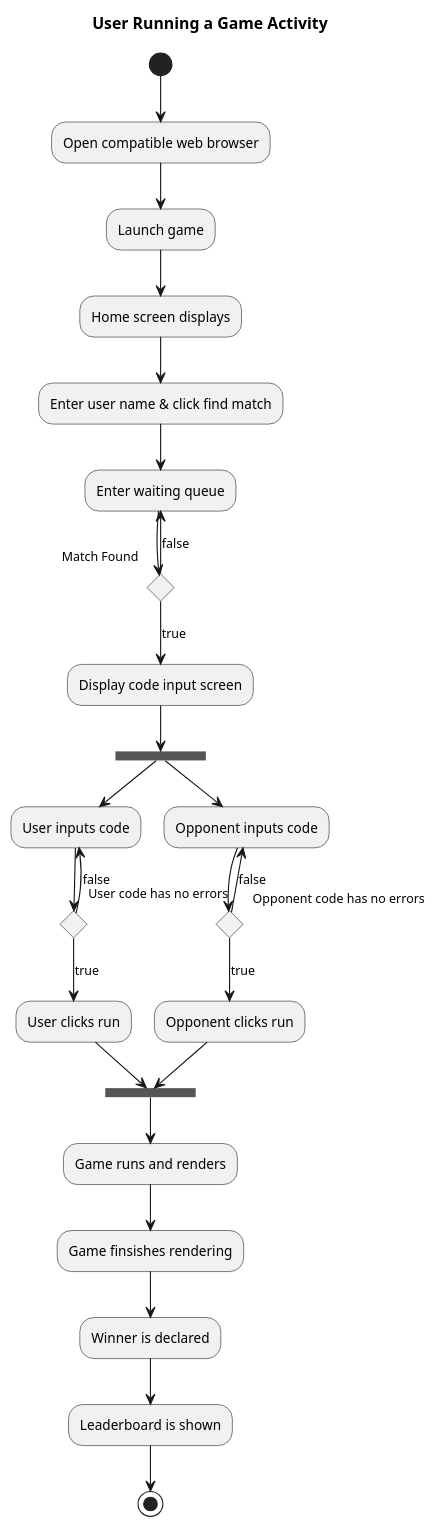
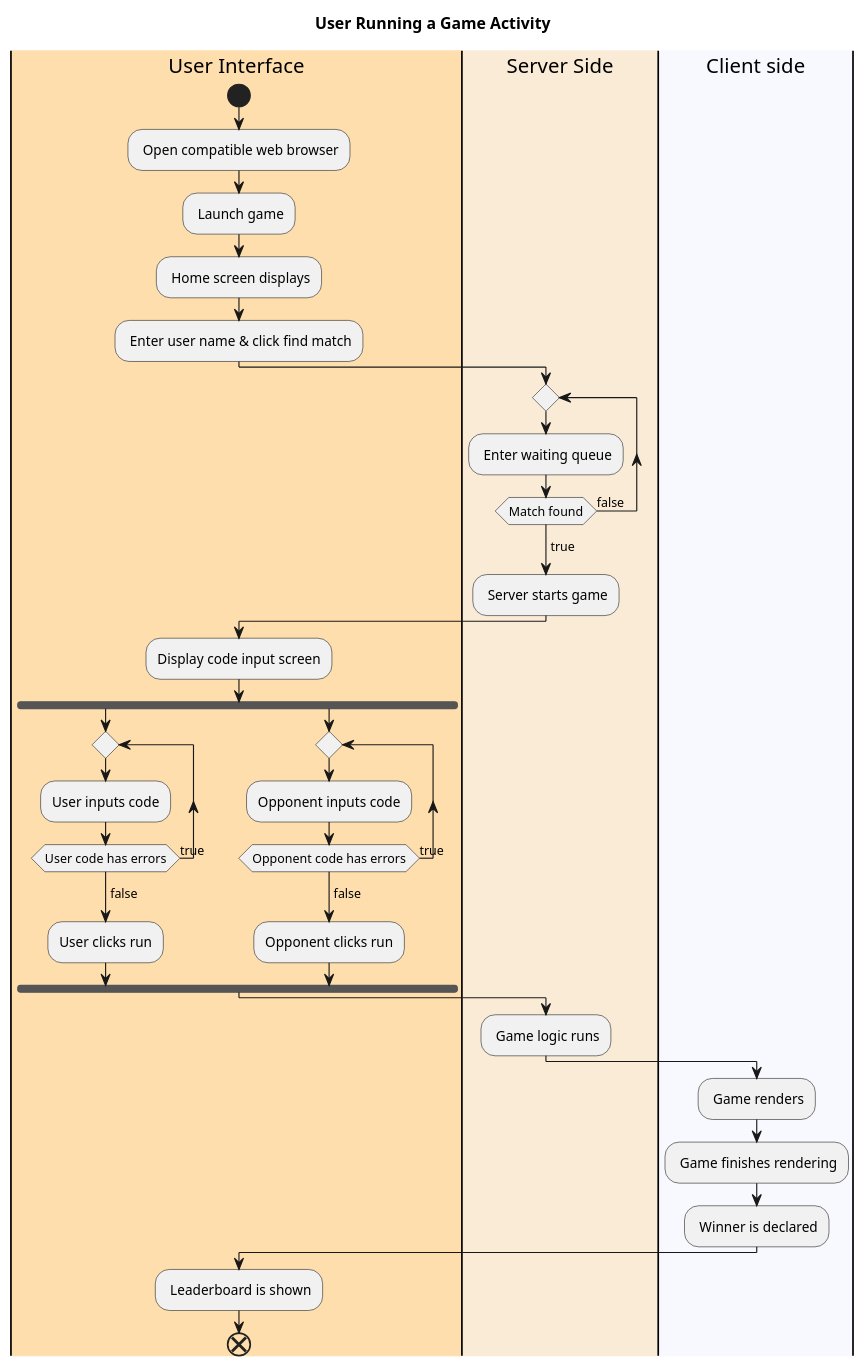
One commit to mayshukla/ece493-capstone changed the first of 2 diagrams in ActivityDiagram.puml. Above: the diagram before and after it, drawn with PlantUML.

Commit message:
udpated activity diagram with client and server swimlines

```diff
--- a/ActivityDiagram.puml
+++ b/ActivityDiagram.puml
@@ -1,37 +1,47 @@
 @startuml Running Game Activity Diagram
 title User Running a Game Activity
 
-(*) --> "Open compatible web browser"
---> "Launch game"
---> "Home screen displays"
---> "Enter user name & click find match"
---> "Enter waiting queue"
-if "Match Found" then
-    --> [true] "Display code input screen"
-    --> ===B1===
-    --> "User inputs code"
-    if "User code has no errors" then
-        --> [true] "User clicks run"
-        --> ===B2===
-    else
-        --> [false] "User inputs code"
-    endif
 
-    ===B1=== --> "Opponent inputs code"
-     if "Opponent code has no errors" then
-        --> [true] "Opponent clicks run"
-        --> ===B2===
-    else
-        --> [false] "Opponent inputs code"
-    endif
+|#NavajoWhite|User Interface|
+start
+: Open compatible web browser;
+: Launch game;
+: Home screen displays;
+: Enter user name & click find match;
 
-    ===B2=== --> "Game runs and renders"
-    --> "Game finsishes rendering"
-    --> "Winner is declared"
-    --> "Leaderboard is shown"
-    --> (*)
-else
-    --> [false] "Enter waiting queue"
-endif
+
+|#AntiqueWhite|Server Side|
+repeat
+    : Enter waiting queue;
+repeat while (Match found) is (false)
+->true;
+
+
+: Server starts game;
+|User Interface|
+:Display code input screen;
+fork
+    repeat
+    :User inputs code;
+    repeat while (User code has errors) is (true)
+    ->false;
+        :User clicks run;
+fork again
+    repeat
+    :Opponent inputs code;
+    repeat while (Opponent code has errors) is (true)
+    ->false;
+        :Opponent clicks run;
+end fork
+
+|Server Side|
+: Game logic runs;
+|#GhostWhite|Client side|
+: Game renders;
+: Game finishes rendering;
+: Winner is declared;
+|User Interface|
+: Leaderboard is shown;
+end
 
 @enduml
```
